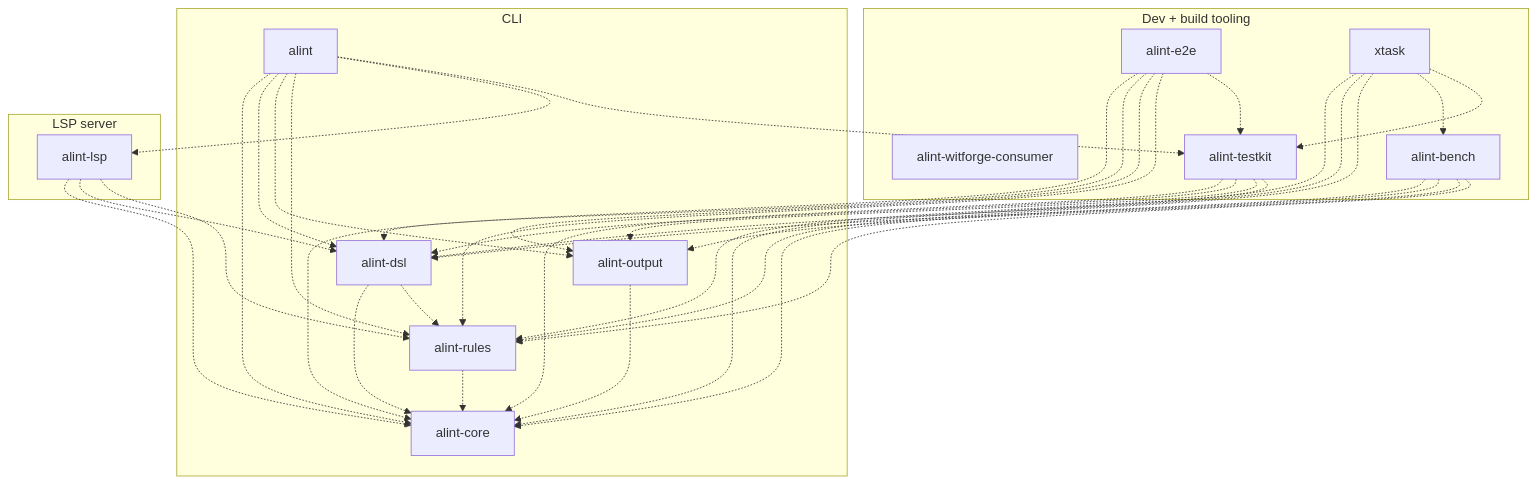
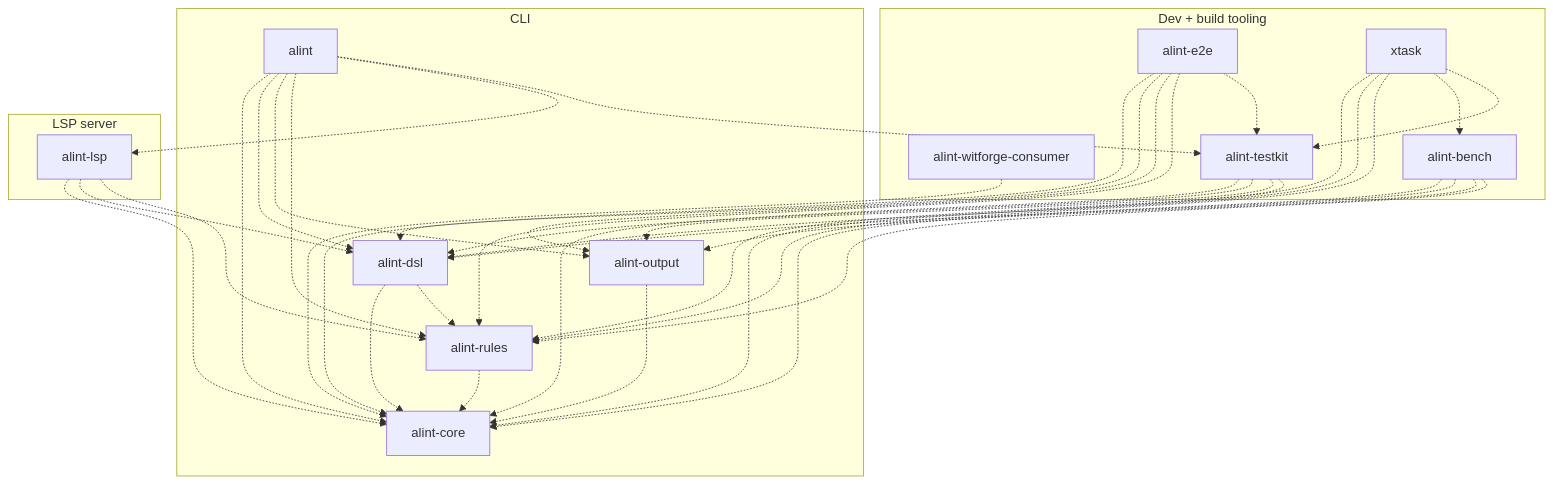
The fourth of 27 diagrams in docs/design/architecture/DIAGRAMS.md (asamarts/alint), drawn with Mermaid before and after one commit. The commit also changed 1 other file, not shown here.

Commit message:
docs(architecture): draw the consumer crate's dev edge to alint-core
The conversion test makes alint-core a dev-dependency of
alint-witforge-consumer; regenerated with `xtask gen-arch` and
`xtask gen-mermaid`.

````diff
--- a/docs/design/architecture/DIAGRAMS.md
+++ b/docs/design/architecture/DIAGRAMS.md
@@ -106,51 +106,52 @@
 ```mermaid
 graph TB
   subgraph AlintTooling["`Dev + build tooling`"]
     AlintTooling.Consumer["alint-witforge-consumer"]
     AlintTooling.E2e["alint-e2e"]
     AlintTooling.Xtask["xtask"]
     AlintTooling.Bench["alint-bench"]
     AlintTooling.Testkit["alint-testkit"]
   end
   subgraph AlintCli["`CLI`"]
     AlintCli.AlintBin["alint"]
     AlintCli.Output["alint-output"]
     AlintCli.Dsl["alint-dsl"]
     AlintCli.Rules["alint-rules"]
     AlintCli.Core["alint-core"]
   end
   subgraph AlintLspServer["`LSP server`"]
     AlintLspServer.Lspd["alint-lsp"]
   end
   AlintCli.AlintBin -.-> AlintCli.Core
   AlintCli.AlintBin -.-> AlintCli.Dsl
   AlintCli.Dsl -.-> AlintCli.Core
   AlintCli.AlintBin -.-> AlintCli.Output
   AlintCli.Output -.-> AlintCli.Core
   AlintCli.AlintBin -.-> AlintCli.Rules
   AlintCli.Dsl -.-> AlintCli.Rules
   AlintCli.Rules -.-> AlintCli.Core
   AlintCli.AlintBin -.-> AlintLspServer.Lspd
   AlintLspServer.Lspd -.-> AlintCli.Core
   AlintLspServer.Lspd -.-> AlintCli.Dsl
   AlintLspServer.Lspd -.-> AlintCli.Rules
   AlintTooling.Bench -.-> AlintCli.Core
   AlintTooling.Bench -.-> AlintCli.Dsl
   AlintTooling.Bench -.-> AlintCli.Output
   AlintTooling.Bench -.-> AlintCli.Rules
+  AlintTooling.Consumer -.-> AlintCli.Core
   AlintTooling.E2e -.-> AlintCli.Core
   AlintTooling.E2e -.-> AlintCli.Dsl
   AlintTooling.E2e -.-> AlintCli.Output
   AlintTooling.E2e -.-> AlintCli.Rules
   AlintCli.AlintBin -.-> AlintTooling.Testkit
   AlintTooling.E2e -.-> AlintTooling.Testkit
   AlintTooling.Testkit -.-> AlintCli.Core
   AlintTooling.Testkit -.-> AlintCli.Dsl
   AlintTooling.Testkit -.-> AlintCli.Output
   AlintTooling.Testkit -.-> AlintCli.Rules
   AlintTooling.Xtask -.-> AlintCli.Core
   AlintTooling.Xtask -.-> AlintCli.Dsl
   AlintTooling.Xtask -.-> AlintCli.Rules
   AlintTooling.Xtask -.-> AlintTooling.Bench
   AlintTooling.Xtask -.-> AlintTooling.Testkit
 ```
````
